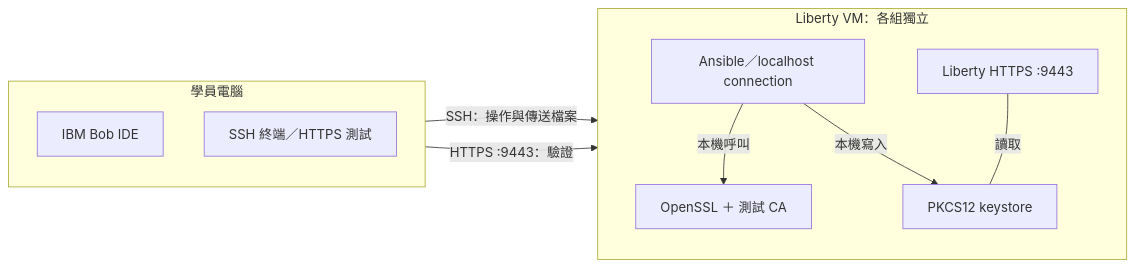
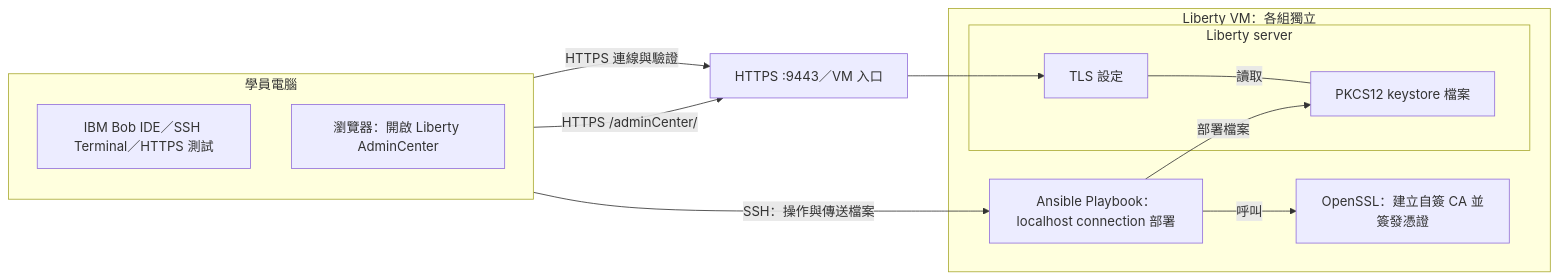
The diagram in topics/vault-liberty-clm/parts/part-3-openssl-ansible.md (icewater30012/bob-workshop-spop), drawn with Mermaid before and after one commit. The commit also changed 14 other files, not shown here.

Commit message:
docs: redraw Part 1-4 architecture diagrams, add AdminCenter browser access

````diff
--- a/topics/vault-liberty-clm/parts/part-3-openssl-ansible.md
+++ b/topics/vault-liberty-clm/parts/part-3-openssl-ansible.md
@@ -9,20 +9,24 @@
 ```mermaid
 flowchart LR
   subgraph STUDENT["學員電腦"]
     direction TB
-    B["IBM Bob IDE"]
-    T["SSH 終端／HTTPS 測試"]
+    B["IBM Bob IDE／SSH Terminal／HTTPS 測試"]
+    A1["瀏覽器：開啟 Liberty AdminCenter"]
   end
+  E["HTTPS :9443／VM 入口"]
   subgraph LIBERTY["Liberty VM：各組獨立"]
-    direction TB
-  A["Ansible／localhost connection"]
-  O["OpenSSL ＋ 測試 CA"]
-  K["PKCS12 keystore"]
-  L["Liberty HTTPS :9443"]
-  A -->|本機呼叫| O
-  A -->|本機寫入| K
-  L ---|讀取| K
+    A["Ansible Playbook：localhost connection 部署"]
+    O["OpenSSL：建立自簽 CA 並簽發憑證"]
+    subgraph APP["Liberty server"]
+      L["TLS 設定"]
+      K["PKCS12 keystore 檔案"]
+      L ---|讀取| K
+    end
+    A -->|呼叫| O
+    A -->|部署檔案| K
   end
-  T -->|SSH：操作與傳送檔案| A
-  T -->|HTTPS :9443：驗證| L
+  B -->|SSH：操作與傳送檔案| A
+  B -->|HTTPS 連線與驗證| E
+  A1 -->|HTTPS /adminCenter/| E
+  E --> L
 ```
````
